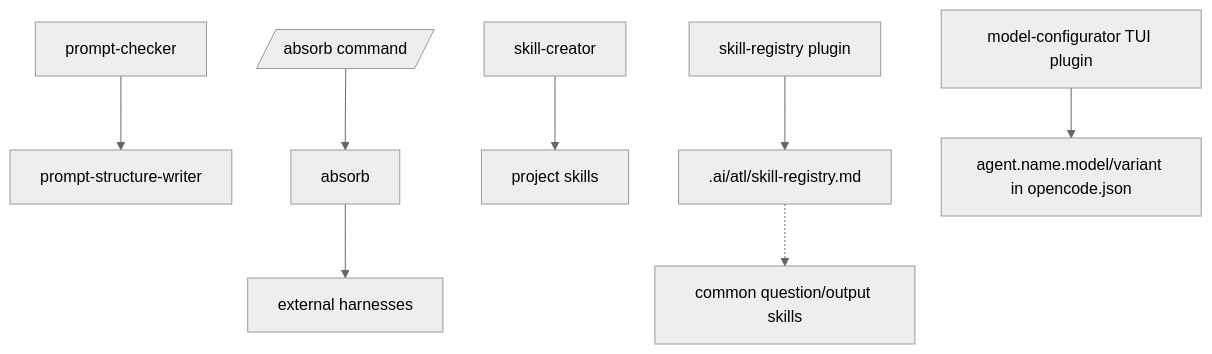
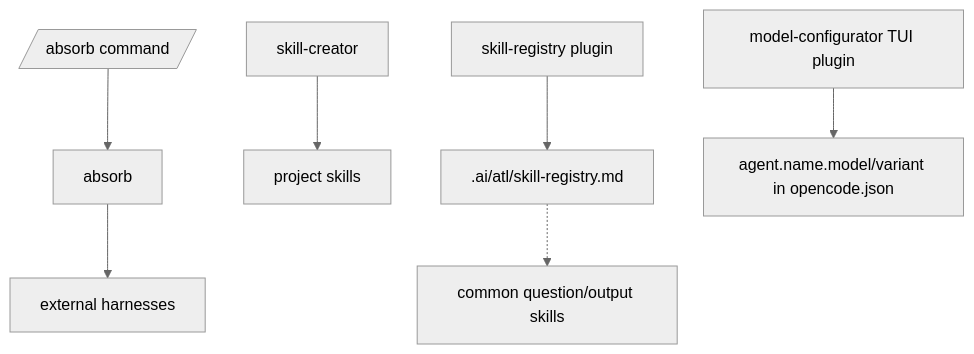
Before and after one commit to andresnator/agents-orchestrator: the diagram in domains/meta/README.md, drawn with Mermaid (neutral theme). The commit also changed other lines of this file and 2 other files, not shown here.

Commit message:
chore(meta): remove prompt-checker command

````diff
--- a/domains/meta/README.md
+++ b/domains/meta/README.md
@@ -18,10 +17,9 @@
 ```mermaid
 graph TD
-  prompt[prompt-checker] --> writer[prompt-structure-writer]
   absorbCmd[/absorb command/] --> absorb[absorb]
   absorb --> external[external harnesses]
   creator[skill-creator] --> skills[project skills]
   plugin[skill-registry plugin] --> registry[.ai/atl/skill-registry.md]
   registry -.-> common[common question/output skills]
   tui[model-configurator TUI plugin] --> config[agent.name.model/variant in opencode.json]
 ```
````
